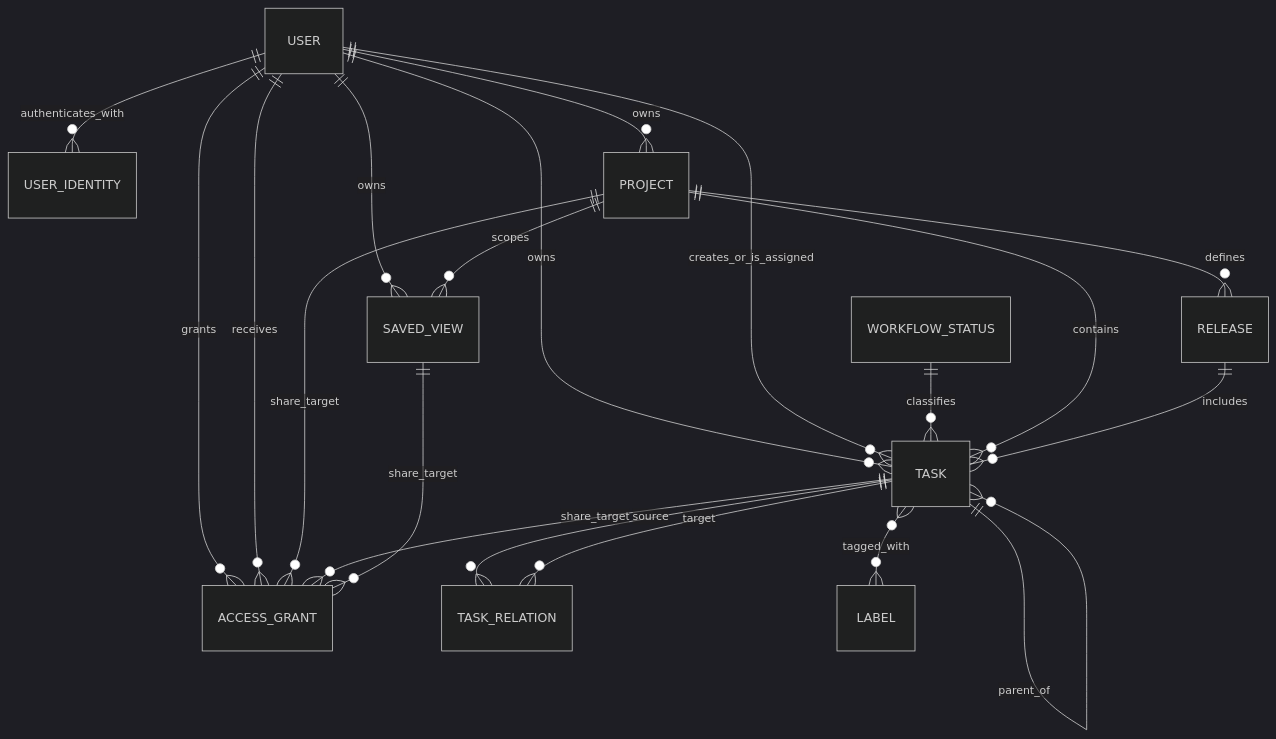
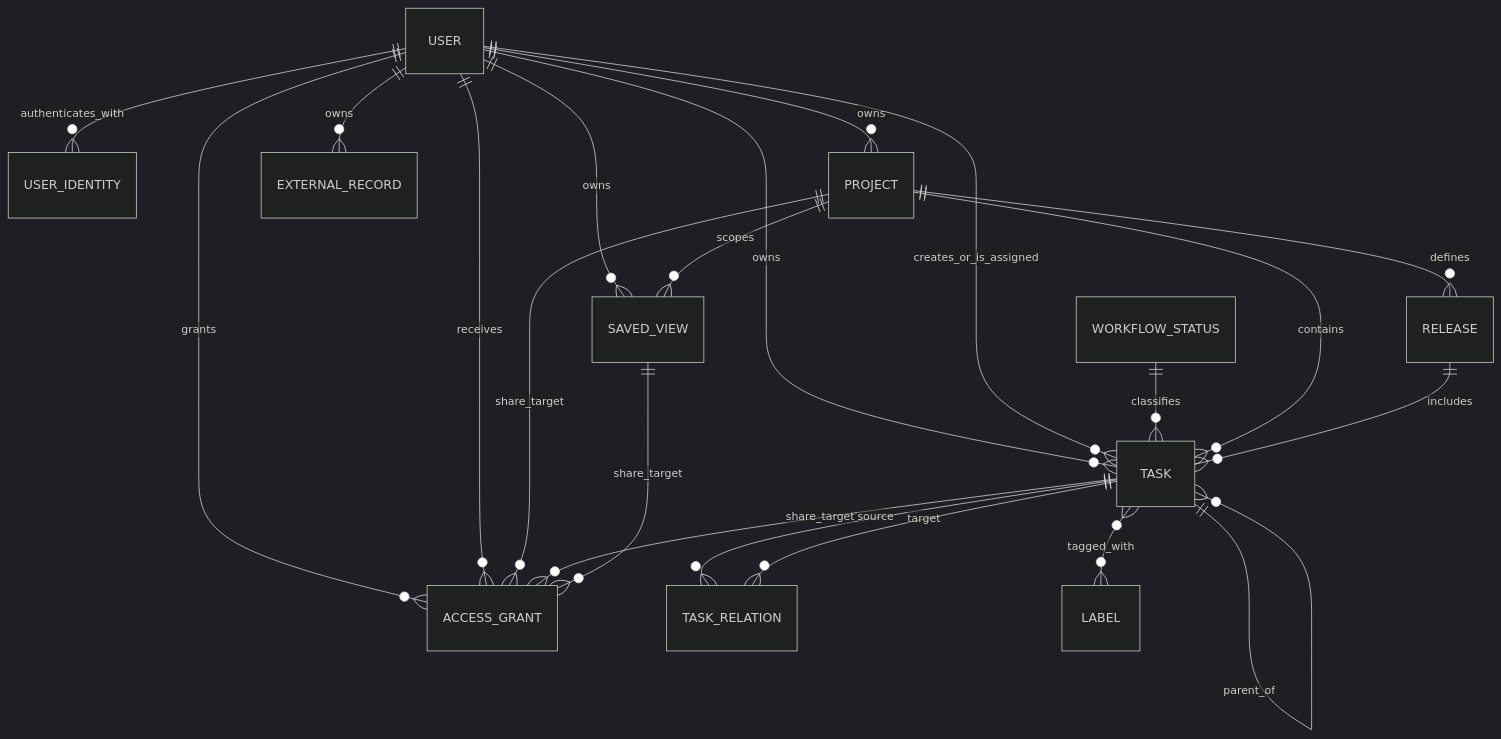
Before and after one commit to xxsrez/TaskManager: the diagram in docs/reference/domain-model.md, drawn with Mermaid (dark theme). The commit also changed other lines of this file and 16 other files, not shown here.

````diff
--- a/docs/reference/domain-model.md
+++ b/docs/reference/domain-model.md
@@ -13,22 +13,23 @@
 ```mermaid
 erDiagram
     USER ||--o{ USER_IDENTITY : authenticates_with
     USER ||--o{ TASK : owns
     USER ||--o{ PROJECT : owns
     USER ||--o{ SAVED_VIEW : owns
     USER ||--o{ ACCESS_GRANT : grants
     USER ||--o{ ACCESS_GRANT : receives
     USER ||--o{ TASK : creates_or_is_assigned
     WORKFLOW_STATUS ||--o{ TASK : classifies
     PROJECT ||--o{ TASK : contains
     PROJECT ||--o{ RELEASE : defines
     RELEASE ||--o{ TASK : includes
     TASK ||--o{ TASK : parent_of
     TASK ||--o{ TASK_RELATION : source
     TASK ||--o{ TASK_RELATION : target
     TASK }o--o{ LABEL : tagged_with
+    USER ||--o{ EXTERNAL_RECORD : owns
     PROJECT ||--o{ SAVED_VIEW : scopes
     PROJECT ||--o{ ACCESS_GRANT : share_target
     TASK ||--o{ ACCESS_GRANT : share_target
     SAVED_VIEW ||--o{ ACCESS_GRANT : share_target
 ```
````
